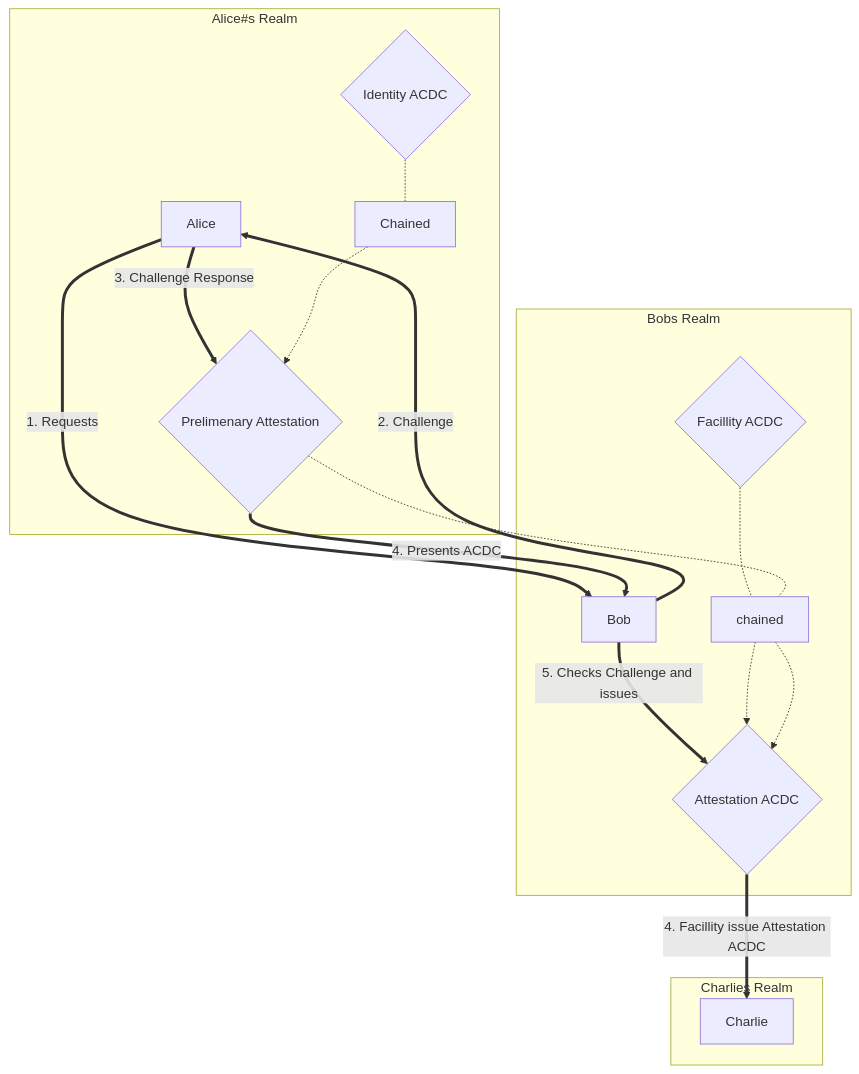
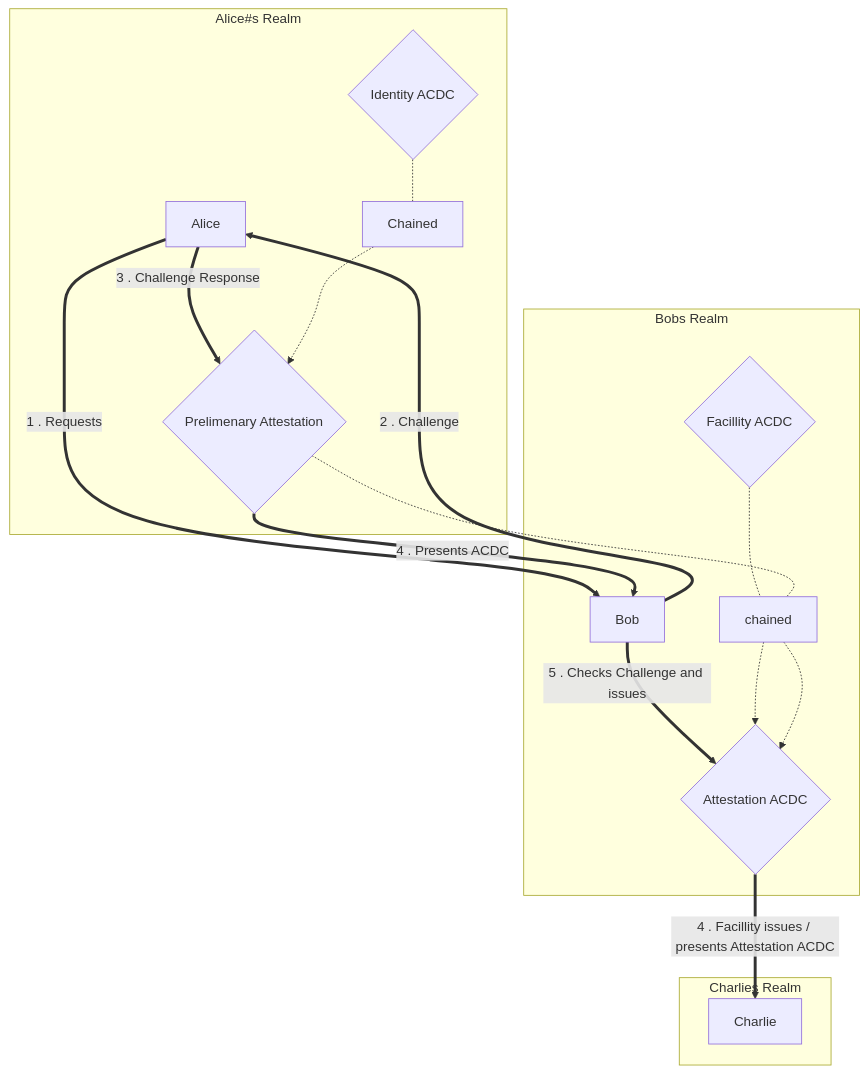
One commit to pSchlarb/keriTest changed the first of 2 diagrams in README.md. Above: the diagram before and after it, drawn with Mermaid.

Commit message:
updated mermaid diagram

````diff
--- a/README.md
+++ b/README.md
@@ -16,22 +16,24 @@
 ```mermaid
-flowchart
-A[Alice]== 1. Requests ==> B["Bob"]
-B == 2. Challenge ==> A
+flowchart 
+A[Alice]== 1 . Requests ==> B["Bob"]
+B == 2 . Challenge ==> A
+
+
 subgraph Alice#s Realm
 
-A == "3. Challenge Response" ==> PA{Prelimenary Attestation}
+A == "3 . Challenge Response" ==> PA{Prelimenary Attestation}
 Identity{Identity ACDC}-.- Chained -.-> PA
+end
 
-end
 subgraph Bobs Realm
 
-PA ==4. Presents ACDC ==> B
-B == 5. Checks Challenge and issues ==> AACDC{Attestation ACDC}
+PA == 4 . Presents ACDC ==> B
+B == "5 . Checks Challenge and issues " ==> AACDC{Attestation ACDC}
 FA{Facillity ACDC} -.- chained-.-> AACDC
 PA -.- chained -.-> AACDC
 end
 
 subgraph Charlies Realm
-AACDC == 4. Facillity issue Attestation ACDC ==> C[Charlie]
+AACDC == 4 . Facillity issues / presents Attestation ACDC ==> C[Charlie]
 end
 ```
````
